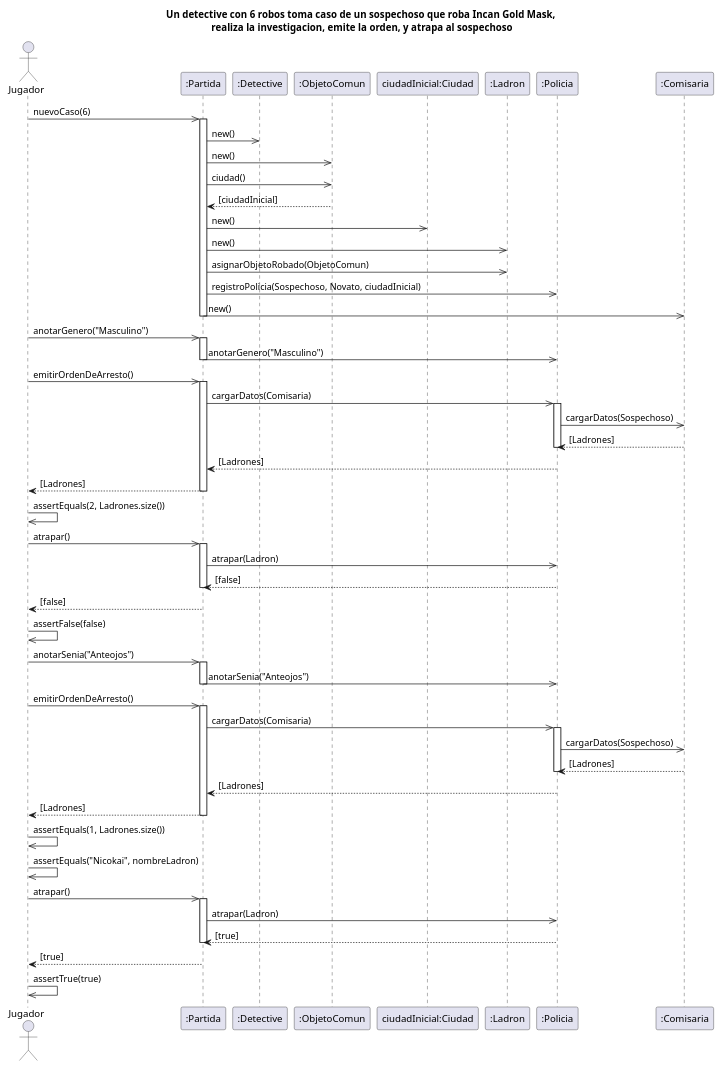
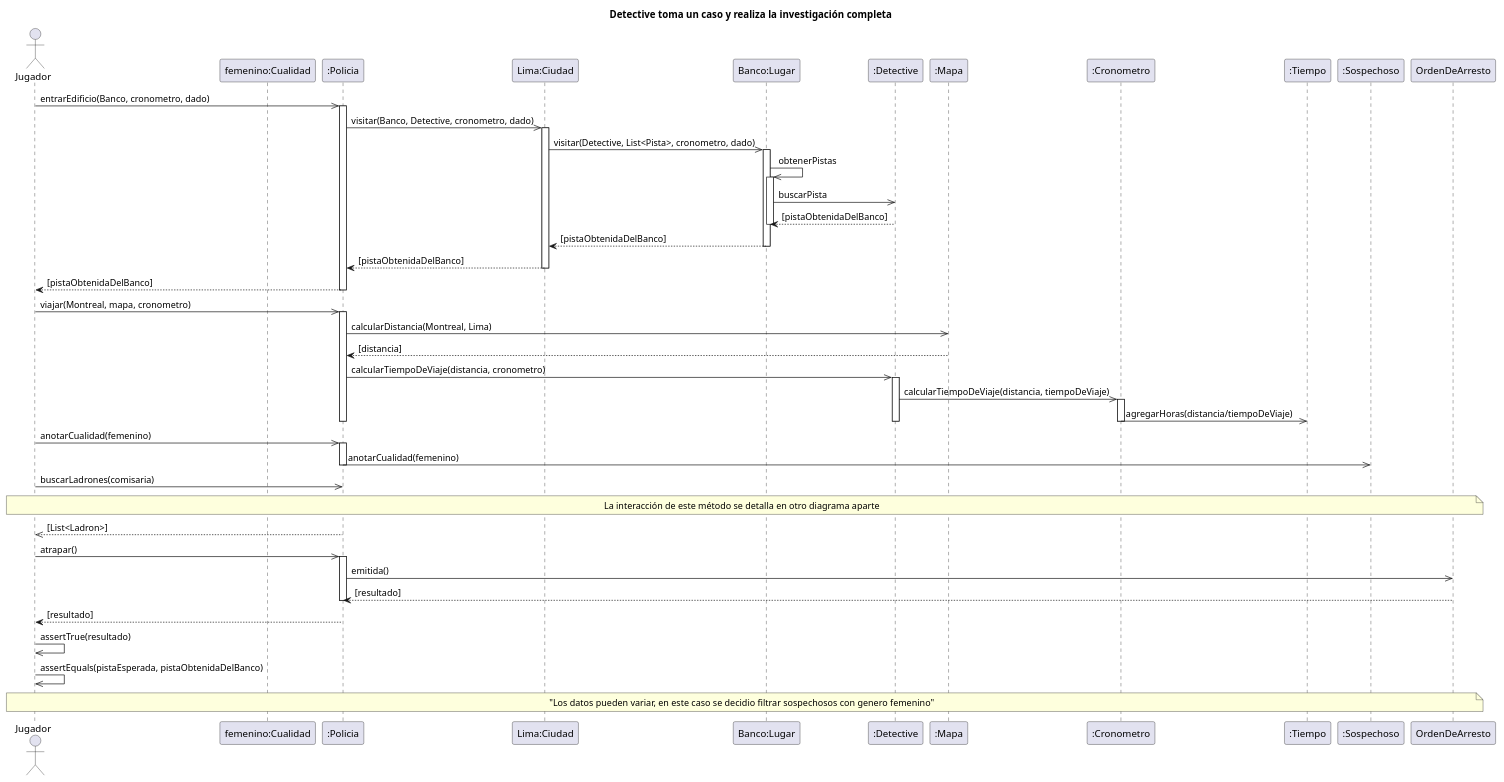
Before and after one commit to kmu01/Algo3_tp2: the diagram in diagrams/sequences/entrega2/DS_DetectiveTomaCasoYRealizaInvestigacionCompleta.puml, drawn with PlantUML. The commit also changed 3 other files, not shown here.

```diff
--- a/diagrams/sequences/entrega2/DS_DetectiveTomaCasoYRealizaInvestigacionCompleta.puml
+++ b/diagrams/sequences/entrega2/DS_DetectiveTomaCasoYRealizaInvestigacionCompleta.puml
@@ -1,72 +1,67 @@
 @startuml
-title Un detective con 6 robos toma caso de un sospechoso que roba Incan Gold Mask,\n realiza la investigacion, emite la orden, y atrapa al sospechoso
+title Detective toma un caso y realiza la investigación completa
+
 actor "Jugador" as AlgoThief
-participant ":Partida" as Partida
+participant "femenino:Cualidad" as Cualidad
+participant ":Policia" as Policia
+participant "Lima:Ciudad" as Ciudad
+participant "Banco:Lugar" as Lugar
 participant ":Detective" as Grado
-participant ":ObjetoComun" as ObjetoRobado
-participant "ciudadInicial:Ciudad" as Ciudad
-participant ":Ladron" as Ladron
-participant ":Policia" as Policia
-participant ":Comisaria" as Comisaria
+participant ":Mapa" as Mapa
+participant ":Cronometro" as Cronometro
+participant ":Tiempo" as Tiempo
+participant ":Sospechoso" as Sospechoso
+participant "OrdenDeArresto" as Orden
 
-AlgoThief ->> Partida : nuevoCaso(6)
-activate Partida
-    Partida ->> Grado : new()
-    Partida ->> ObjetoRobado : new()
-    Partida ->> ObjetoRobado : ciudad()
-    ObjetoRobado --> Partida : [ciudadInicial]
-    Partida ->> Ciudad : new()
-    Partida ->> Ladron : new()
-    Partida ->> Ladron : asignarObjetoRobado(ObjetoComun)
-    Partida ->> Policia : registroPolicia(Sospechoso, Novato, ciudadInicial)
-    Partida ->> Comisaria : new()
-deactivate Partida
 
-AlgoThief ->> Partida : anotarGenero("Masculino")
-activate Partida
-Partida ->> Policia : anotarGenero("Masculino")
-deactivate Partida
+AlgoThief ->> Policia : entrarEdificio(Banco, cronometro, dado)
+activate Policia
+    Policia ->> Ciudad : visitar(Banco, Detective, cronometro, dado)
+    activate Ciudad
+        Ciudad ->> Lugar : visitar(Detective, List<Pista>, cronometro, dado)
+        activate Lugar
+            Lugar ->> Lugar : obtenerPistas
+            activate Lugar
+                Lugar ->> Grado : buscarPista
+                Grado --> Lugar : [pistaObtenidaDelBanco]
+            deactivate Lugar
+            Lugar --> Ciudad : [pistaObtenidaDelBanco]
+        deactivate Lugar
+        Ciudad --> Policia : [pistaObtenidaDelBanco]
+    deactivate Ciudad
+    Policia --> AlgoThief : [pistaObtenidaDelBanco]
+deactivate Policia
 
-AlgoThief ->> Partida : emitirOrdenDeArresto()
-activate Partida
-Partida ->> Policia : cargarDatos(Comisaria)
+AlgoThief ->> Policia : viajar(Montreal, mapa, cronometro)
 activate Policia
-Policia ->> Comisaria : cargarDatos(Sospechoso)
-Comisaria --> Policia : [Ladrones]
+    Policia ->> Mapa : calcularDistancia(Montreal, Lima)
+    Mapa --> Policia : [distancia]
+    Policia ->> Grado : calcularTiempoDeViaje(distancia, cronometro)
+    activate Grado
+        Grado ->> Cronometro : calcularTiempoDeViaje(distancia, tiempoDeViaje)
+        activate Cronometro
+            Cronometro ->> Tiempo : agregarHoras(distancia/tiempoDeViaje)
+        deactivate Cronometro
+    deactivate Grado
 deactivate Policia
-Policia --> Partida : [Ladrones]
-Partida --> AlgoThief : [Ladrones]
-deactivate Partida
+AlgoThief ->> Policia : anotarCualidad(femenino)
+activate Policia
+    Policia ->> Sospechoso : anotarCualidad(femenino)
+deactivate Policia
+AlgoThief ->> Policia : buscarLadrones(comisaria)
+note across : La interacción de este método se detalla en otro diagrama aparte
+return[List<Ladron>]
 
-AlgoThief ->> AlgoThief : assertEquals(2, Ladrones.size())
-AlgoThief ->> Partida : atrapar()
-activate Partida
-Partida ->> Policia : atrapar(Ladron)
-Policia --> Partida : [false]
-deactivate Partida
-Partida --> AlgoThief : [false]
-AlgoThief ->> AlgoThief : assertFalse(false)
-AlgoThief ->> Partida : anotarSenia("Anteojos")
-activate Partida
-Partida ->> Policia : anotarSenia("Anteojos")
-deactivate Partida
-AlgoThief ->> Partida : emitirOrdenDeArresto()
-activate Partida
-Partida ->> Policia : cargarDatos(Comisaria)
+AlgoThief ->> Policia : atrapar()
 activate Policia
-Policia ->> Comisaria : cargarDatos(Sospechoso)
-Comisaria --> Policia : [Ladrones]
+    Policia ->> Orden : emitida()
+    Orden --> Policia : [resultado]
 deactivate Policia
-Policia --> Partida : [Ladrones]
-Partida --> AlgoThief : [Ladrones]
-deactivate Partida
-AlgoThief ->> AlgoThief : assertEquals(1, Ladrones.size())
-AlgoThief ->> AlgoThief : assertEquals("Nicokai", nombreLadron)
-AlgoThief ->> Partida : atrapar()
-activate Partida
-Partida ->> Policia : atrapar(Ladron)
-Policia --> Partida : [true]
-deactivate Partida
-Partida --> AlgoThief : [true]
-AlgoThief ->> AlgoThief : assertTrue(true)
+Policia --> AlgoThief : [resultado]
+AlgoThief ->> AlgoThief : assertTrue(resultado)
+AlgoThief ->> AlgoThief : assertEquals(pistaEsperada, pistaObtenidaDelBanco)
+
+note across: "Los datos pueden variar, en este caso se decidio filtrar sospechosos con genero femenino"
+
+
 @enduml
```
